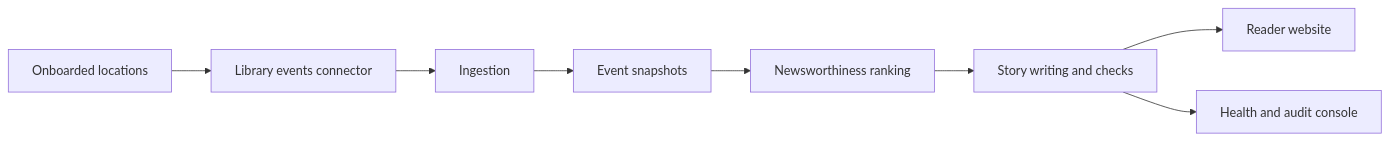
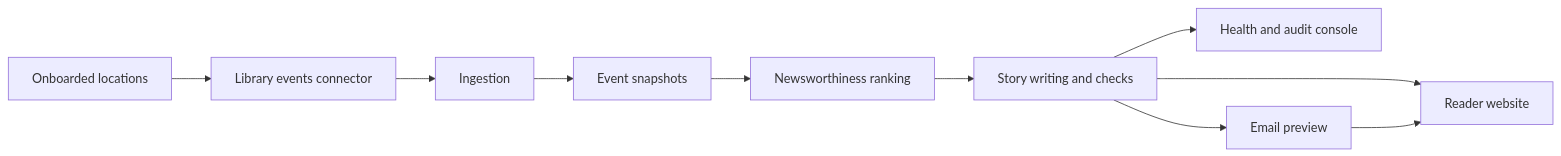
Before and after one commit to vbafnaa/NewsBee: the diagram in README.md, drawn with Mermaid. The commit also changed other lines of this file and 28 other files, not shown here.

````diff
--- a/README.md
+++ b/README.md
@@ -7,10 +7,12 @@
 ```mermaid
 flowchart LR
   Locations[Onboarded locations] --> Library[Library events connector]
   Library --> Ingest[Ingestion]
   Ingest --> Snapshot[Event snapshots]
   Snapshot --> Rank[Newsworthiness ranking]
   Rank --> Write[Story writing and checks]
   Write --> Site[Reader website]
   Write --> Console[Health and audit console]
+  Write --> Email[Email preview]
+  Email --> Site
 ```
````
